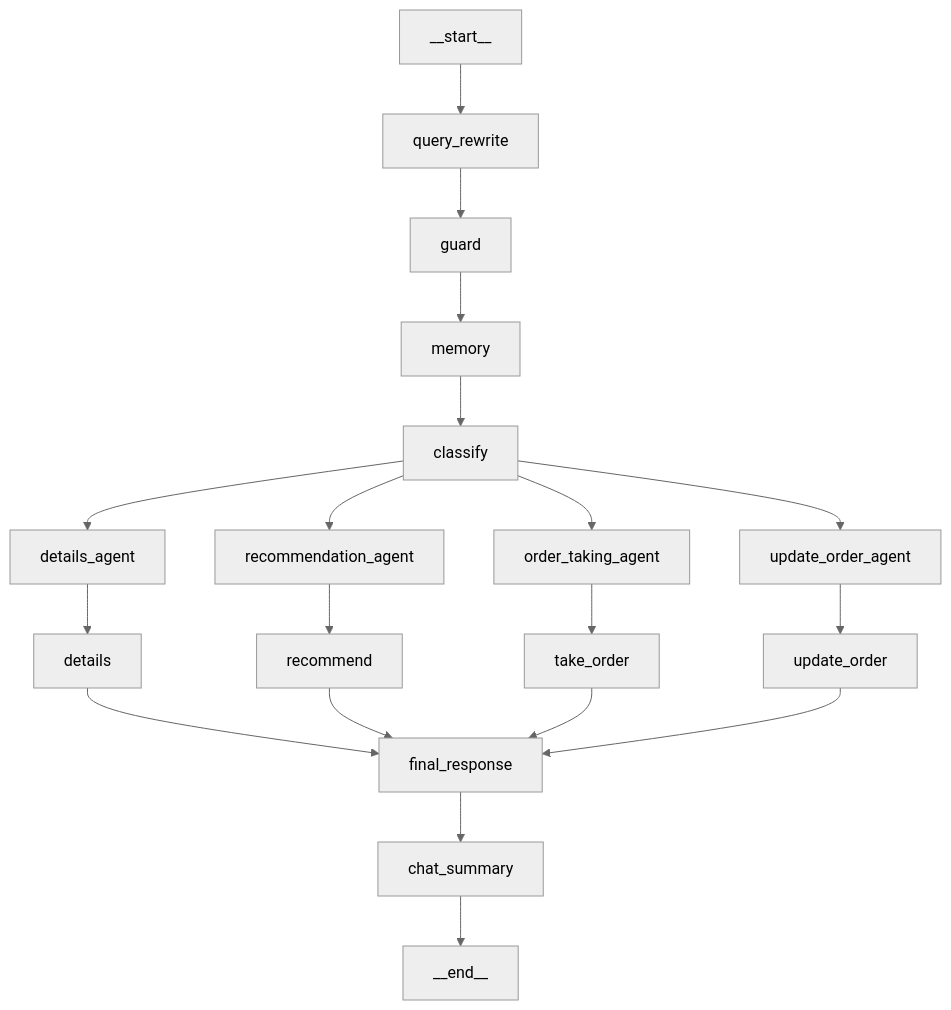
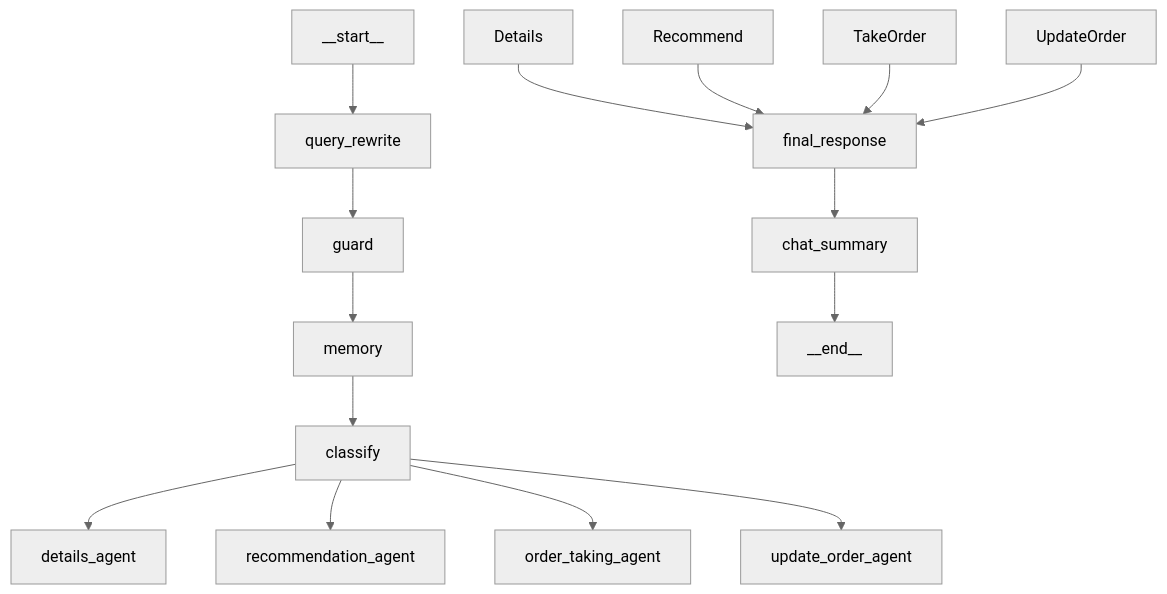
One commit to Pandharimaske/Coffee_Shop_ChatBot changed the diagram in README.md. Above: the diagram before and after it, drawn with Mermaid (neutral theme).

Commit message:
readme updated

````diff
--- a/README.md
+++ b/README.md
@@ -10,24 +10,20 @@
 ```mermaid
 flowchart TD
     Start[__start__] --> Rewrite[query_rewrite]
     Rewrite --> Guard[guard]
     Guard --> Memory[memory]
     Memory --> Classify[classify]
     Classify --> DetailsAgent[details_agent]
     Classify --> RecommendAgent[recommendation_agent]
     Classify --> OrderAgent[order_taking_agent]
     Classify --> UpdateAgent[update_order_agent]
 
-    DetailsAgent --> Details[details]
-    RecommendAgent --> Recommend[recommend]
-    OrderAgent --> TakeOrder[take_order]
-    UpdateAgent --> UpdateOrder[update_order]
 
     Details --> Final[final_response]
     Recommend --> Final
     TakeOrder --> Final
     UpdateOrder --> Final
 
     Final --> Summary[chat_summary]
     Summary --> End[__end__]
 ```
````
